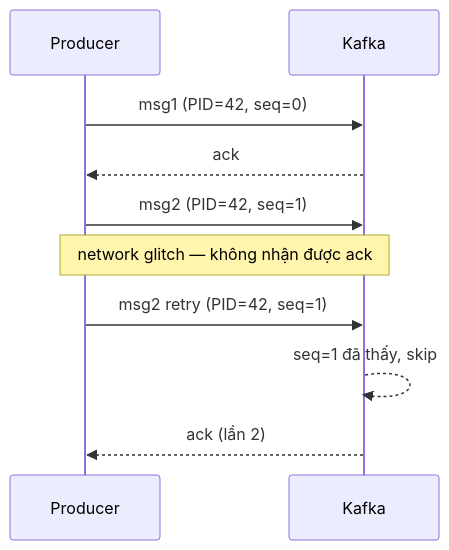
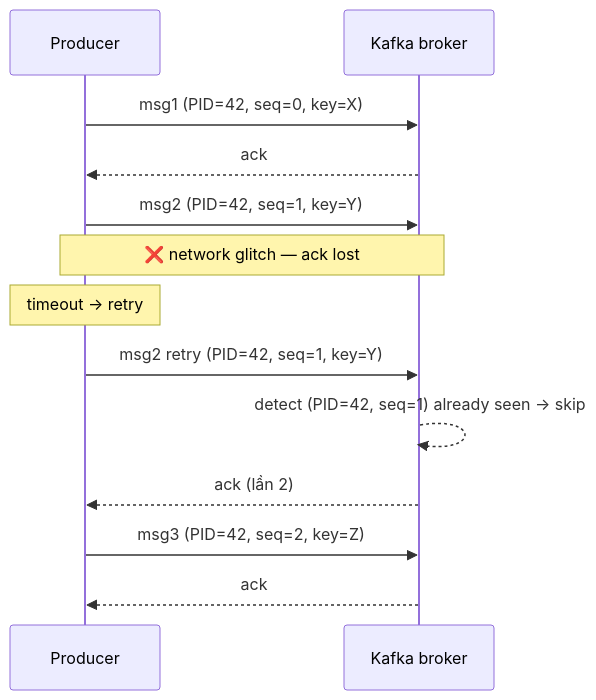
The second of 5 diagrams in learning/00-mental-models/06-idempotency.md (ankinguyen-engineer-2002/realtime-data-ai-platform-digital-twin), drawn with Mermaid before and after one commit. The commit also changed other lines of this file and 3 other files, not shown here.

````diff
--- a/learning/00-mental-models/06-idempotency.md
+++ b/learning/00-mental-models/06-idempotency.md
@@ -128,13 +226,16 @@
 ```mermaid
 sequenceDiagram
     participant P as Producer
-    participant K as Kafka
+    participant K as Kafka broker
 
-    P->>K: msg1 (PID=42, seq=0)
+    P->>K: msg1 (PID=42, seq=0, key=X)
     K-->>P: ack
-    P->>K: msg2 (PID=42, seq=1)
-    Note over P,K: network glitch — không nhận được ack
-    P->>K: msg2 retry (PID=42, seq=1)
-    K-->>K: seq=1 đã thấy, skip
+    P->>K: msg2 (PID=42, seq=1, key=Y)
+    Note over P,K: ❌ network glitch — ack lost
+    Note over P: timeout → retry
+    P->>K: msg2 retry (PID=42, seq=1, key=Y)
+    K-->>K: detect (PID=42, seq=1) already seen → skip
     K-->>P: ack (lần 2)
+    P->>K: msg3 (PID=42, seq=2, key=Z)
+    K-->>P: ack
 ```
````
